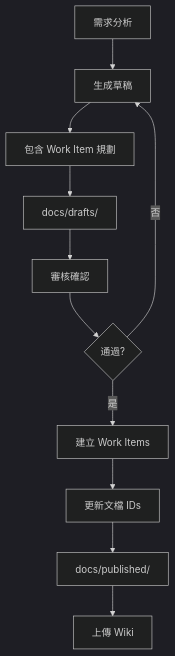
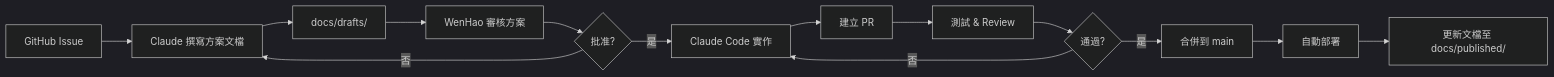
The second of 2 diagrams in CLAUDE.md (YuWenHao1212/azure_fastapi), drawn with Mermaid (dark theme) before and after one commit. The commit also changed other lines of this file and 126 other files, not shown here.

````diff
--- a/CLAUDE.md
+++ b/CLAUDE.md
@@ -302,13 +363,16 @@
 ```mermaid
-graph TD
-    A[需求分析] --> B[生成草稿]
-    B --> C[包含 Work Item 規劃]
-    C --> D[docs/drafts/]
-    D --> E[審核確認]
-    E --> F{通過?}
-    F -->|是| G[建立 Work Items]
-    F -->|否| B
-    G --> H[更新文檔 IDs]
-    H --> I[docs/published/]
-    I --> J[上傳 Wiki]
+graph LR
+    A[GitHub Issue] --> B[Claude 撰寫方案文檔]
+    B --> C[docs/drafts/]
+    C --> D[WenHao 審核方案]
+    D --> E{批准?}
+    E -->|否| B
+    E -->|是| F[Claude Code 實作]
+    F --> G[建立 PR]
+    G --> H[測試 & Review]
+    H --> I{通過?}
+    I -->|否| F
+    I -->|是| J[合併到 main]
+    J --> K[自動部署]
+    K --> L[更新文檔至 docs/published/]
 ```
````
